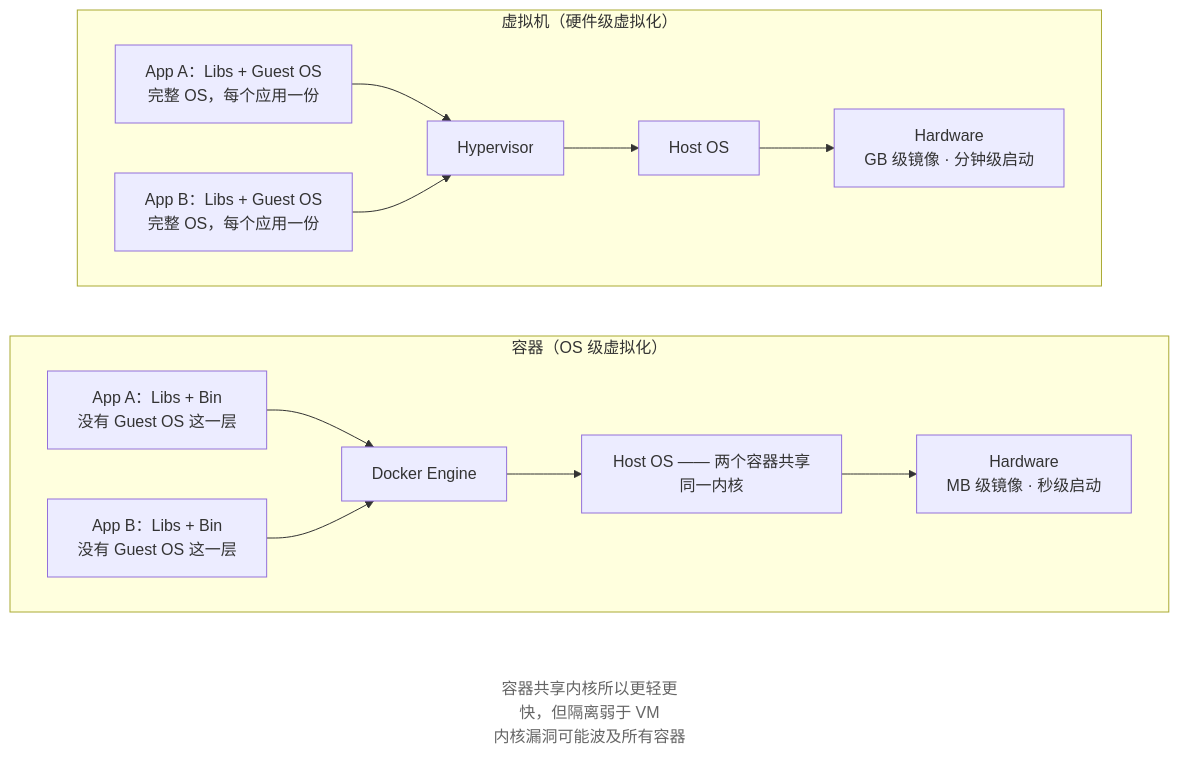
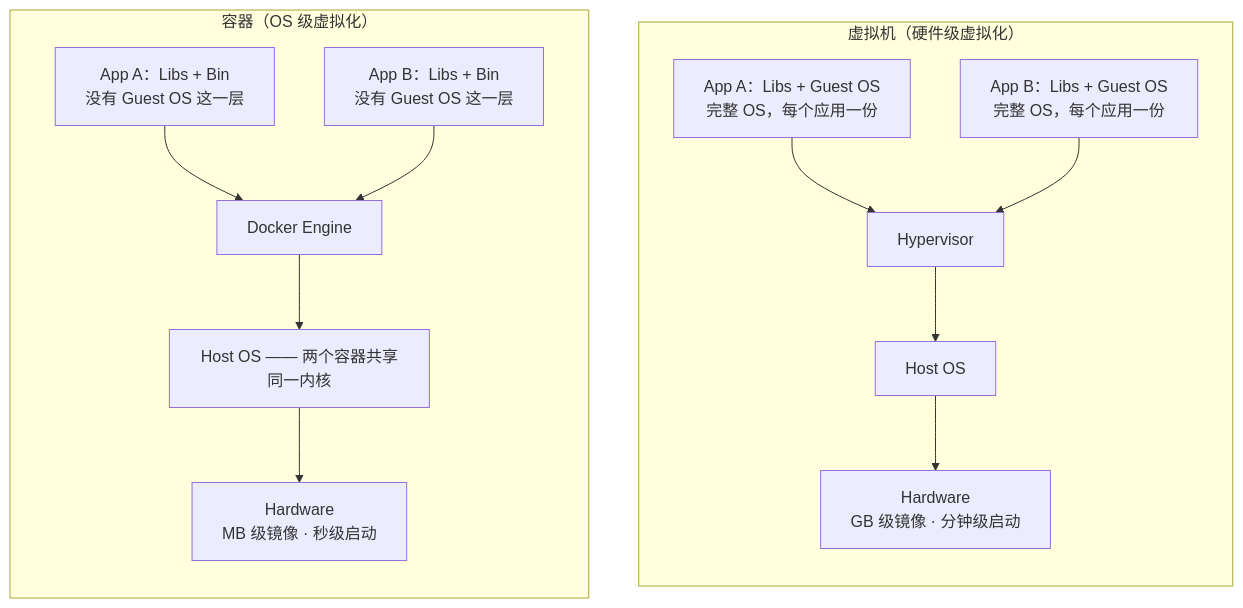
One commit to wangxiangnan/wangxiangnan.github.io changed the second of 3 diagrams in src/linux-command/ch25.md. Above: the diagram before and after it, drawn with Mermaid. The commit also changed other lines of this file and 32 other files, not shown here.

First line of the commit message:
linux-command 词链层+新章节骨架重构，mermaid 方向全局统一上下 TB

````diff
--- a/src/linux-command/ch25.md
+++ b/src/linux-command/ch25.md
@@ -82,32 +87,25 @@
 ```mermaid
 flowchart TB
     subgraph VM["虚拟机（硬件级虚拟化）"]
-        direction LR
+        direction TB
         A1["App A：Libs + Guest OS<br>完整 OS，每个应用一份"]
         A2["App B：Libs + Guest OS<br>完整 OS，每个应用一份"]
         HV["Hypervisor"]
         HO["Host OS"]
         HW["Hardware<br>GB 级镜像 · 分钟级启动"]
         A1 --> HV
         A2 --> HV
         HV --> HO --> HW
     end
     subgraph CT["容器（OS 级虚拟化）"]
-        direction LR
+        direction TB
         B1["App A：Libs + Bin<br>没有 Guest OS 这一层"]
         B2["App B：Libs + Bin<br>没有 Guest OS 这一层"]
         DE["Docker Engine"]
         CO["Host OS —— 两个容器共享同一内核"]
         CW["Hardware<br>MB 级镜像 · 秒级启动"]
         B1 --> DE
         B2 --> DE
         DE --> CO --> CW
     end
-    N["容器共享内核所以更轻更快，但隔离弱于 VM<br>内核漏洞可能波及所有容器"]
-
-    VM ~~~ CT
-    CT ~~~ N
-
-    classDef note fill:none,stroke:none,color:#666
-    class N note
 ```
````
